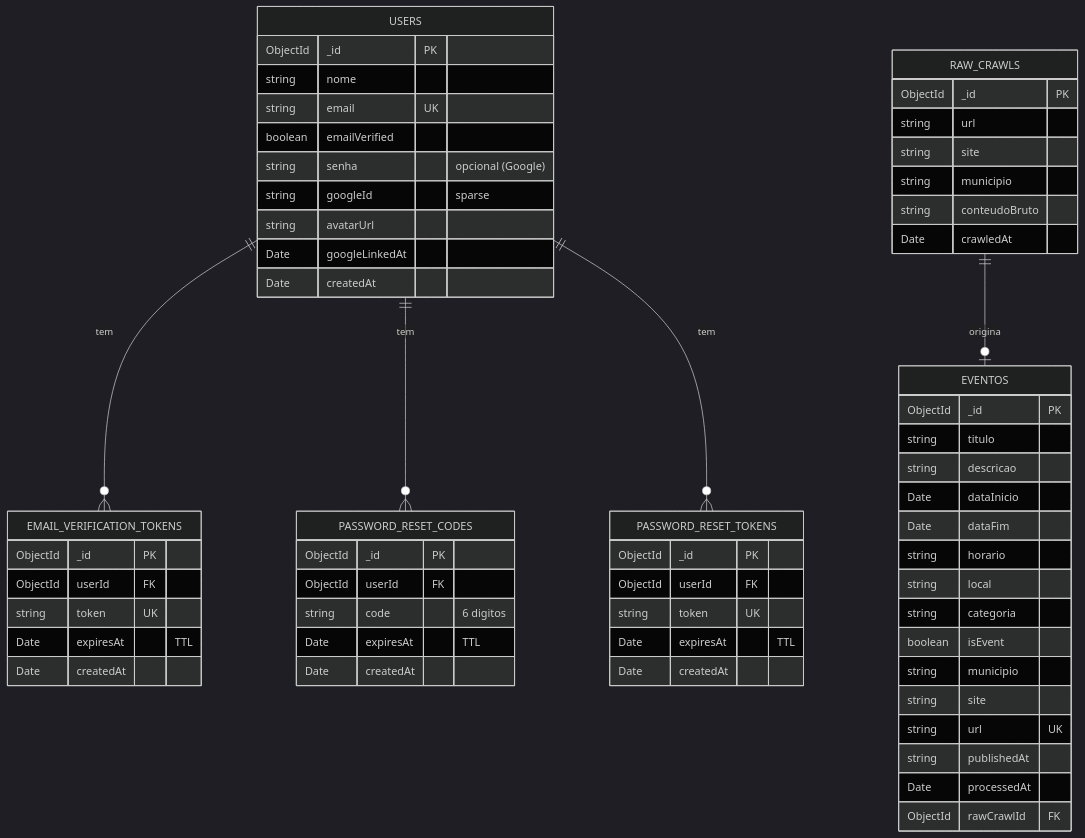
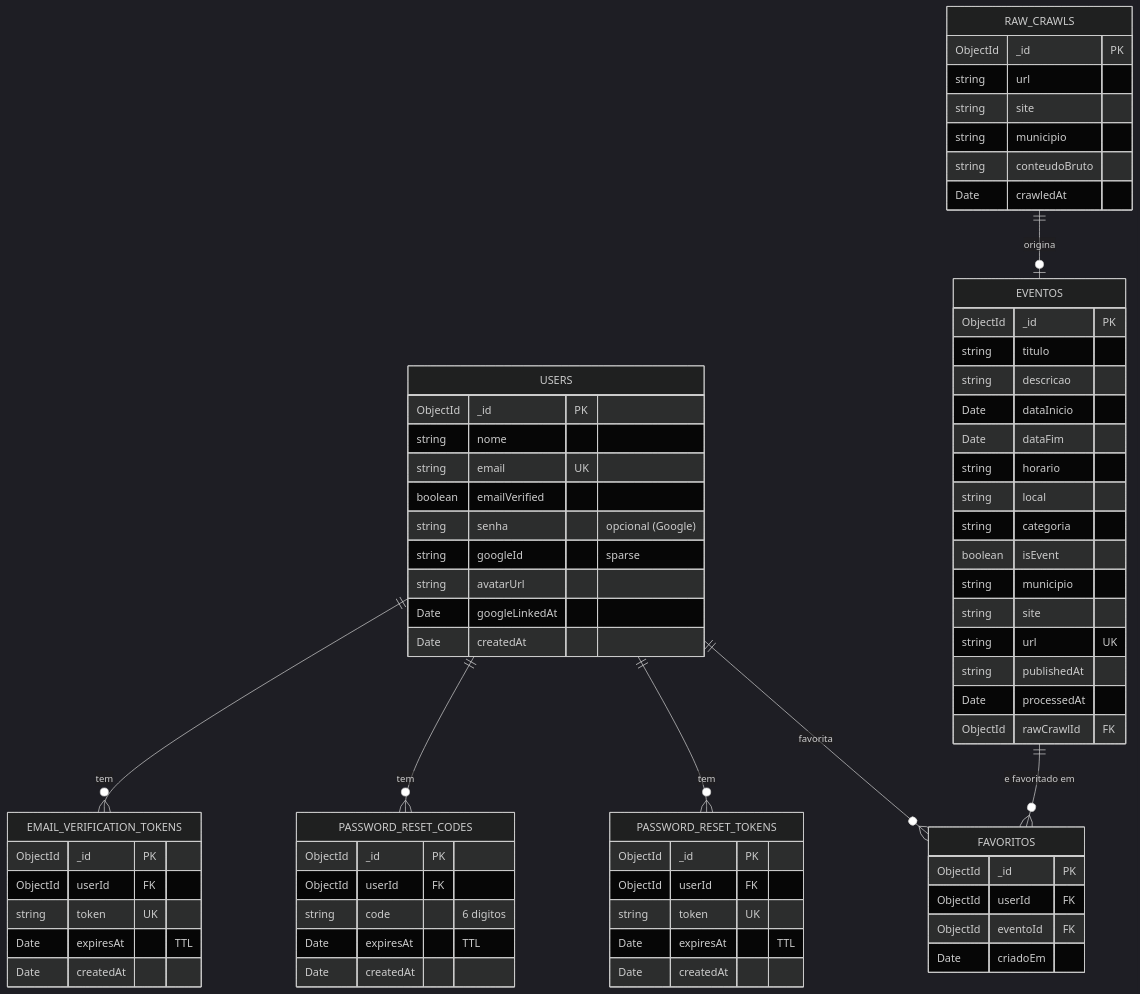
Before and after one commit to gprates/role-sc-frontend: the fourth of 5 diagrams in docs/CONTEXTO_TCC_MONOGRAFIA.md, drawn with Mermaid (dark theme). The commit also changed other lines of this file and 11 other files, not shown here.

````diff
--- a/docs/CONTEXTO_TCC_MONOGRAFIA.md
+++ b/docs/CONTEXTO_TCC_MONOGRAFIA.md
@@ -499,70 +499,79 @@
 ```mermaid
 erDiagram
     USERS ||--o{ EMAIL_VERIFICATION_TOKENS : "tem"
     USERS ||--o{ PASSWORD_RESET_CODES : "tem"
     USERS ||--o{ PASSWORD_RESET_TOKENS : "tem"
+    USERS ||--o{ FAVORITOS : "favorita"
+    EVENTOS ||--o{ FAVORITOS : "e favoritado em"
     RAW_CRAWLS ||--o| EVENTOS : "origina"
 
     USERS {
         ObjectId _id PK
         string nome
         string email UK
         boolean emailVerified
         string senha "opcional (Google)"
         string googleId "sparse"
         string avatarUrl
         Date googleLinkedAt
         Date createdAt
     }
 
     EVENTOS {
         ObjectId _id PK
         string titulo
         string descricao
         Date dataInicio
         Date dataFim
         string horario
         string local
         string categoria
         boolean isEvent
         string municipio
         string site
         string url UK
         string publishedAt
         Date processedAt
         ObjectId rawCrawlId FK
     }
 
     RAW_CRAWLS {
         ObjectId _id PK
         string url
         string site
         string municipio
         string conteudoBruto
         Date crawledAt
     }
 
+    FAVORITOS {
+        ObjectId _id PK
+        ObjectId userId FK
+        ObjectId eventoId FK
+        Date criadoEm
+    }
+
     EMAIL_VERIFICATION_TOKENS {
         ObjectId _id PK
         ObjectId userId FK
         string token UK
         Date expiresAt "TTL"
         Date createdAt
     }
 
     PASSWORD_RESET_CODES {
         ObjectId _id PK
         ObjectId userId FK
         string code "6 digitos"
         Date expiresAt "TTL"
         Date createdAt
     }
 
     PASSWORD_RESET_TOKENS {
         ObjectId _id PK
         ObjectId userId FK
         string token UK
         Date expiresAt "TTL"
         Date createdAt
     }
 ```
````
